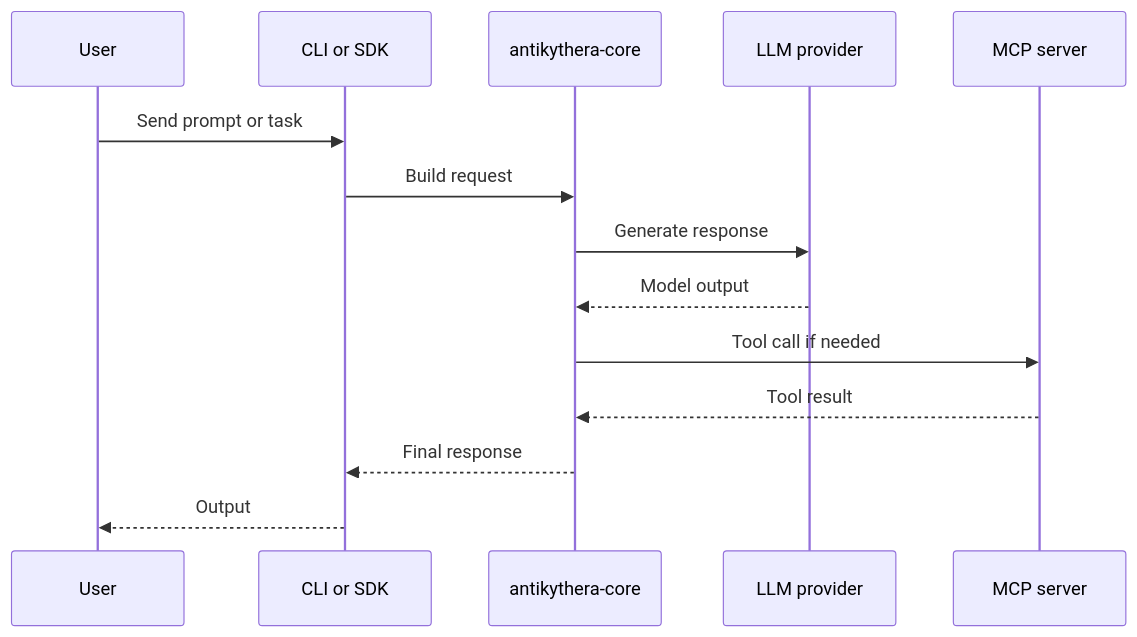
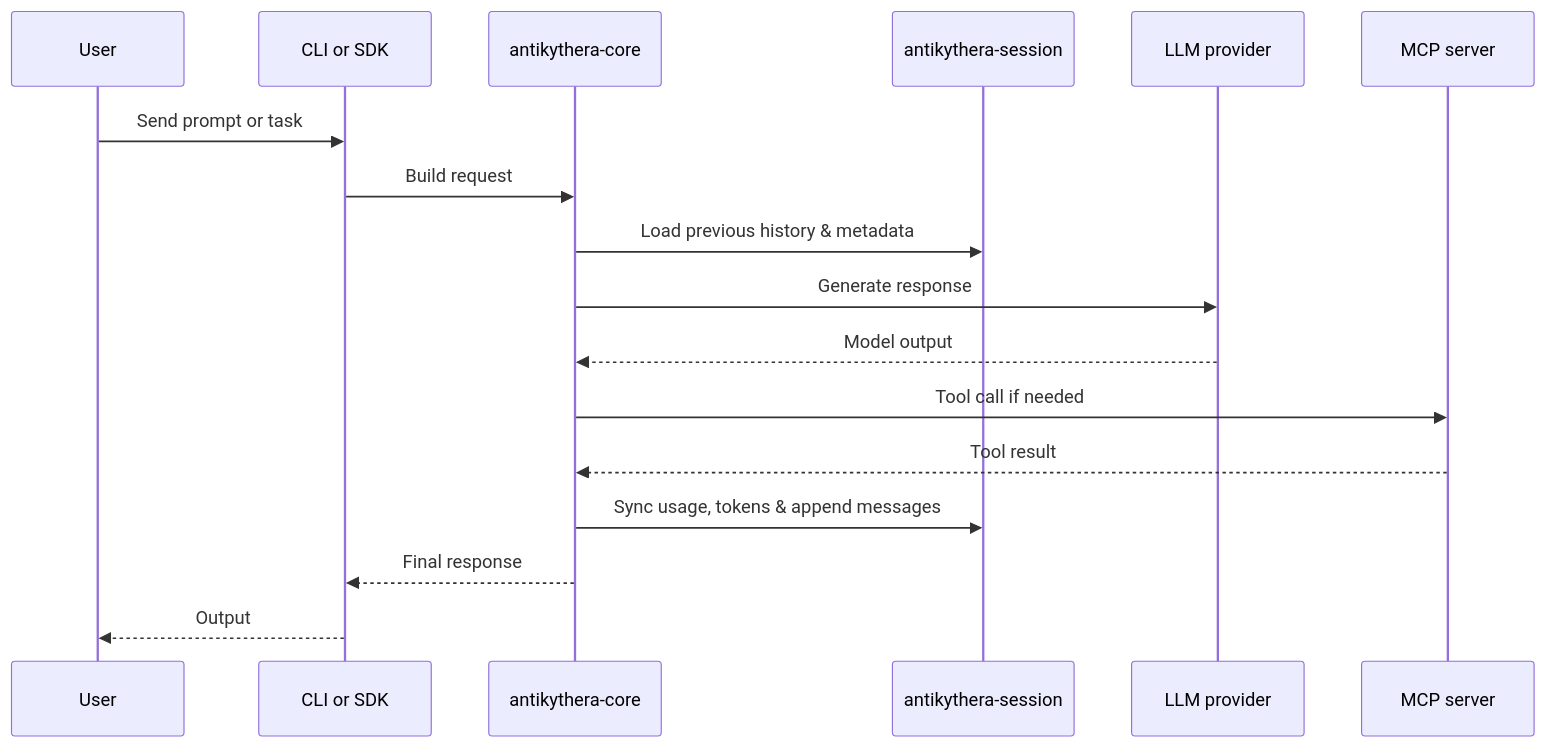
Before and after one commit to tsfarizi/antikhitera-mcp-client: the second of 2 diagrams in documentation/ARCHITECTURE.md, drawn with Mermaid. The commit also changed other lines of this file and 47 other files, not shown here.

First line of the commit message:
Refactor logging and session management across core components

````diff
--- a/documentation/ARCHITECTURE.md
+++ b/documentation/ARCHITECTURE.md
@@ -32,17 +40,20 @@
 ```mermaid
 sequenceDiagram
     participant User
     participant Surface as CLI or SDK
     participant Core as antikythera-core
+    participant Session as antikythera-session
     participant Provider as LLM provider
     participant Server as MCP server
 
     User->>Surface: Send prompt or task
     Surface->>Core: Build request
+    Core->>Session: Load previous history & metadata
     Core->>Provider: Generate response
     Provider-->>Core: Model output
     Core->>Server: Tool call if needed
     Server-->>Core: Tool result
+    Core->>Session: Sync usage, tokens & append messages
     Core-->>Surface: Final response
     Surface-->>User: Output
 ```
````
